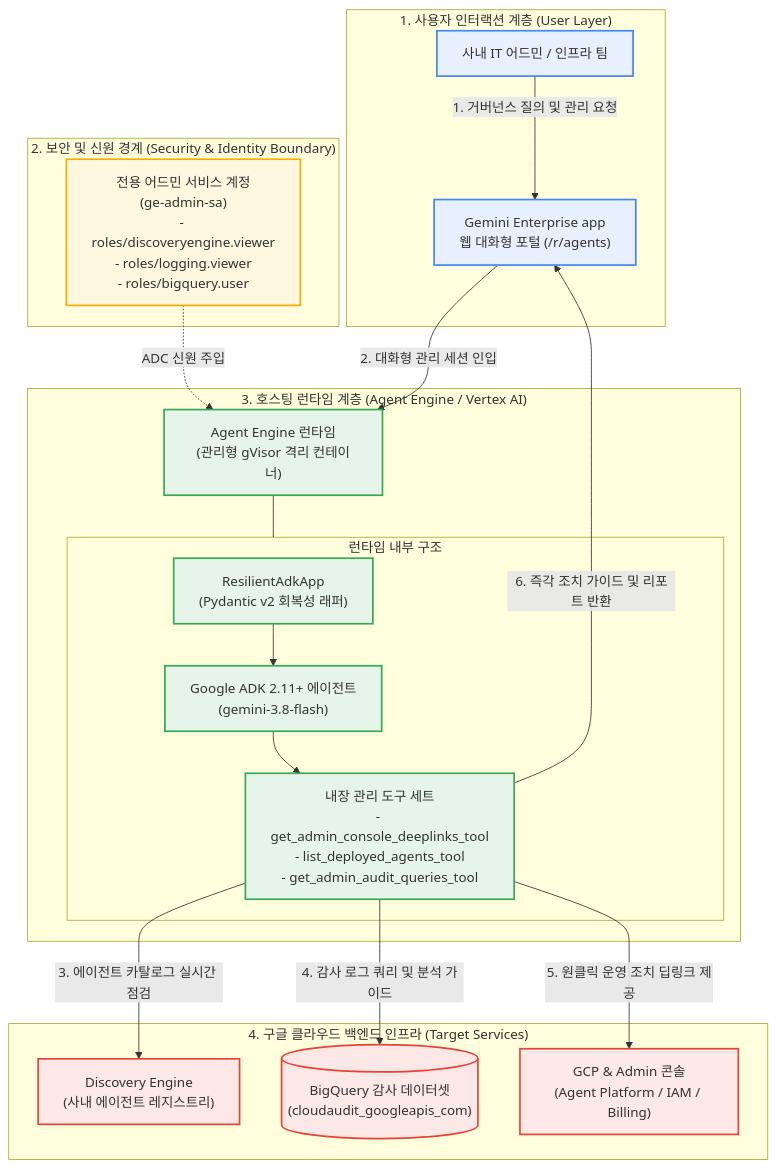
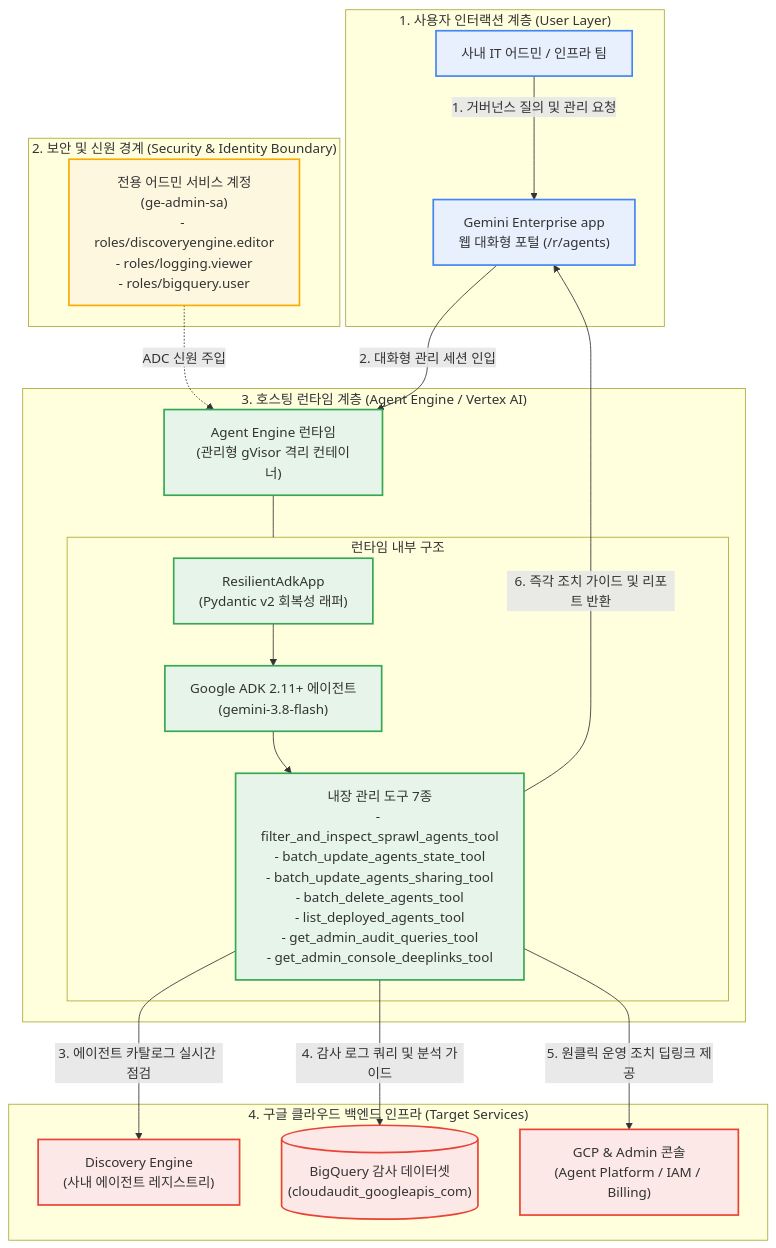
One commit to jiangjun-forge/google-cloud-0-to-1 changed the diagram in samples/gemini-enterprise-copilot-admin/README.md. Above: the diagram before and after it, drawn with Mermaid. The commit also changed 16 other files, not shown here.

````diff
--- a/samples/gemini-enterprise-copilot-admin/README.md
+++ b/samples/gemini-enterprise-copilot-admin/README.md
@@ -92,41 +92,41 @@
 ```mermaid
 flowchart TB
     subgraph Client["1. 사용자 인터랙션 계층 (User Layer)"]
         AdminUser["사내 IT 어드민 / 인프라 팀"] -->|"1. 거버넌스 질의 및 관리 요청"| GEApp["Gemini Enterprise app<br/>웹 대화형 포털 (/r/agents)"]
     end
 
     subgraph Security["2. 보안 및 신원 경계 (Security & Identity Boundary)"]
-        SA["전용 어드민 서비스 계정<br/>(ge-admin-sa)<br/>- roles/discoveryengine.viewer<br/>- roles/logging.viewer<br/>- roles/bigquery.user"]
+        SA["전용 어드민 서비스 계정<br/>(ge-admin-sa)<br/>- roles/discoveryengine.editor<br/>- roles/logging.viewer<br/>- roles/bigquery.user"]
     end
 
     subgraph Runtime["3. 호스팅 런타임 계층 (Agent Engine / Vertex AI)"]
         GEApp -->|"2. 대화형 관리 세션 인입"| Engine["Agent Engine 런타임<br/>(관리형 gVisor 격리 컨테이너)"]
         
         subgraph InsideEngine["런타임 내부 구조"]
             Wrapper["ResilientAdkApp<br/>(Pydantic v2 회복성 래퍼)"]
             ADK["Google ADK 2.11+ 에이전트<br/>(gemini-3.8-flash)"]
-            Tools["내장 관리 도구 세트<br/>- get_admin_console_deeplinks_tool<br/>- list_deployed_agents_tool<br/>- get_admin_audit_queries_tool"]
+            Tools["내장 관리 도구 7종<br/>- filter_and_inspect_sprawl_agents_tool<br/>- batch_update_agents_state_tool<br/>- batch_update_agents_sharing_tool<br/>- batch_delete_agents_tool<br/>- list_deployed_agents_tool<br/>- get_admin_audit_queries_tool<br/>- get_admin_console_deeplinks_tool"]
             Wrapper --> ADK --> Tools
         end
         Engine --- InsideEngine
     end
 
     subgraph Backend["4. 구글 클라우드 백엔드 인프라 (Target Services)"]
         Tools -->|"3. 에이전트 카탈로그 실시간 점검"| DiscEng["Discovery Engine<br/>(사내 에이전트 레지스트리)"]
         Tools -->|"4. 감사 로그 쿼리 및 분석 가이드"| BQ[("BigQuery 감사 데이터셋<br/>(cloudaudit_googleapis_com)")]
         Tools -->|"5. 원클릭 운영 조치 딥링크 제공"| Consoles["GCP & Admin 콘솔<br/>(Agent Platform / IAM / Billing)"]
     end
 
     SA -.->|"ADC 신원 주입"| Engine
     Tools -->|"6. 즉각 조치 가이드 및 리포트 반환"| GEApp
 
     classDef portal fill:#e8f0fe,stroke:#4285f4,stroke-width:2px;
     classDef security fill:#fef7e0,stroke:#f9ab00,stroke-width:2px;
     classDef runtime fill:#e6f4ea,stroke:#34a853,stroke-width:2px;
     classDef backend fill:#fce8e6,stroke:#ea4335,stroke-width:2px;
 
     class AdminUser,GEApp portal;
     class SA security;
     class Engine,Wrapper,ADK,Tools runtime;
     class DiscEng,BQ,Consoles backend;
 ```
````
